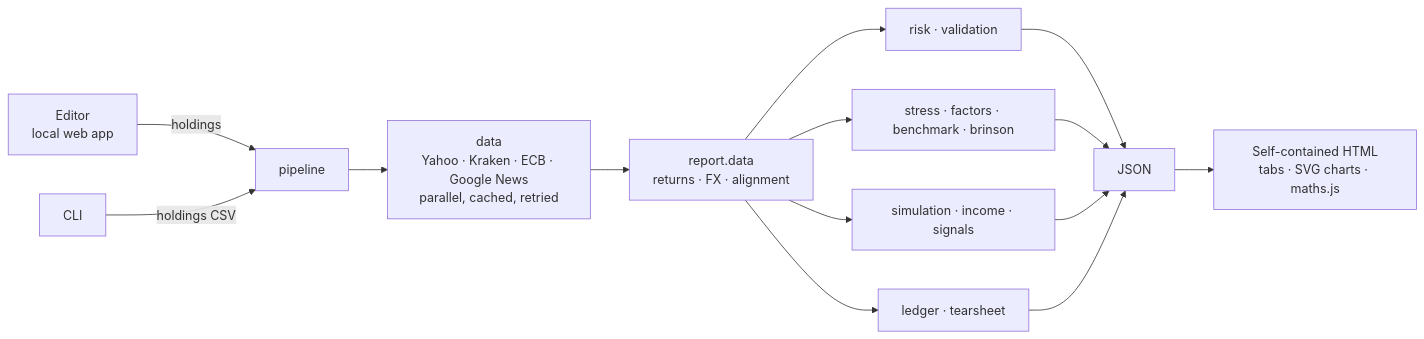
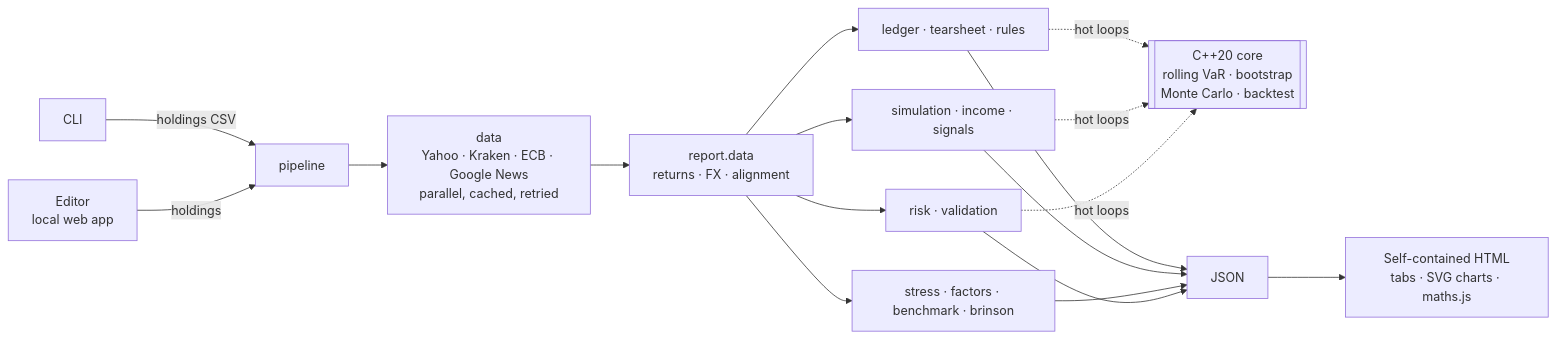
The diagram in README.md (brnhflow/projeto-quant), drawn with Mermaid before and after one commit.

Commit message:
Show the C++ core in the architecture diagram

````diff
--- a/README.md
+++ b/README.md
@@ -200,13 +200,14 @@
 ```mermaid
 flowchart LR
     A[Editor<br/>local web app] -->|holdings| P[pipeline]
     C[CLI] -->|holdings CSV| P
     P --> D[data<br/>Yahoo · Kraken · ECB · Google News<br/>parallel, cached, retried]
     D --> R[report.data<br/>returns · FX · alignment]
     R --> M1[risk · validation]
     R --> M2[stress · factors · benchmark · brinson]
     R --> M3[simulation · income · signals]
-    R --> M4[ledger · tearsheet]
+    R --> M4[ledger · tearsheet · rules]
+    M1 & M3 & M4 -. hot loops .-> CPP[[C++20 core<br/>rolling VaR · bootstrap<br/>Monte Carlo · backtest]]
     M1 & M2 & M3 & M4 --> J[JSON]
     J --> H[Self-contained HTML<br/>tabs · SVG charts · maths.js]
 ```
````
